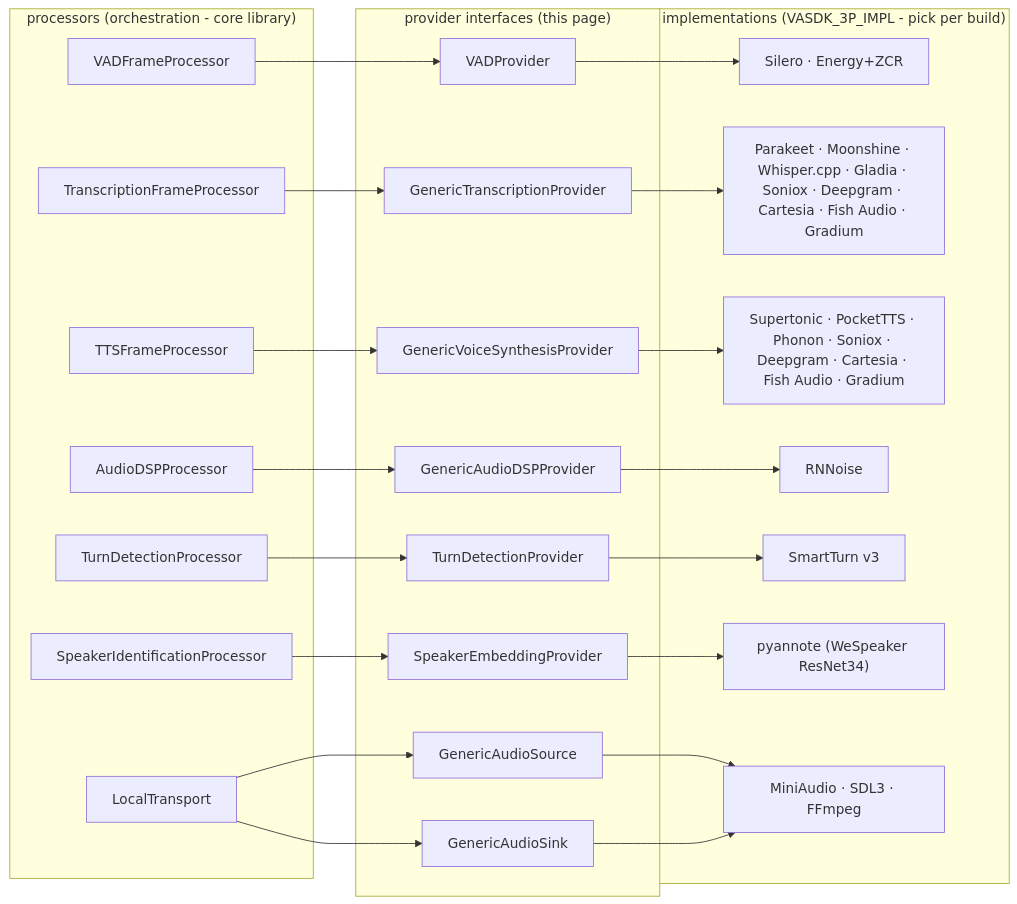
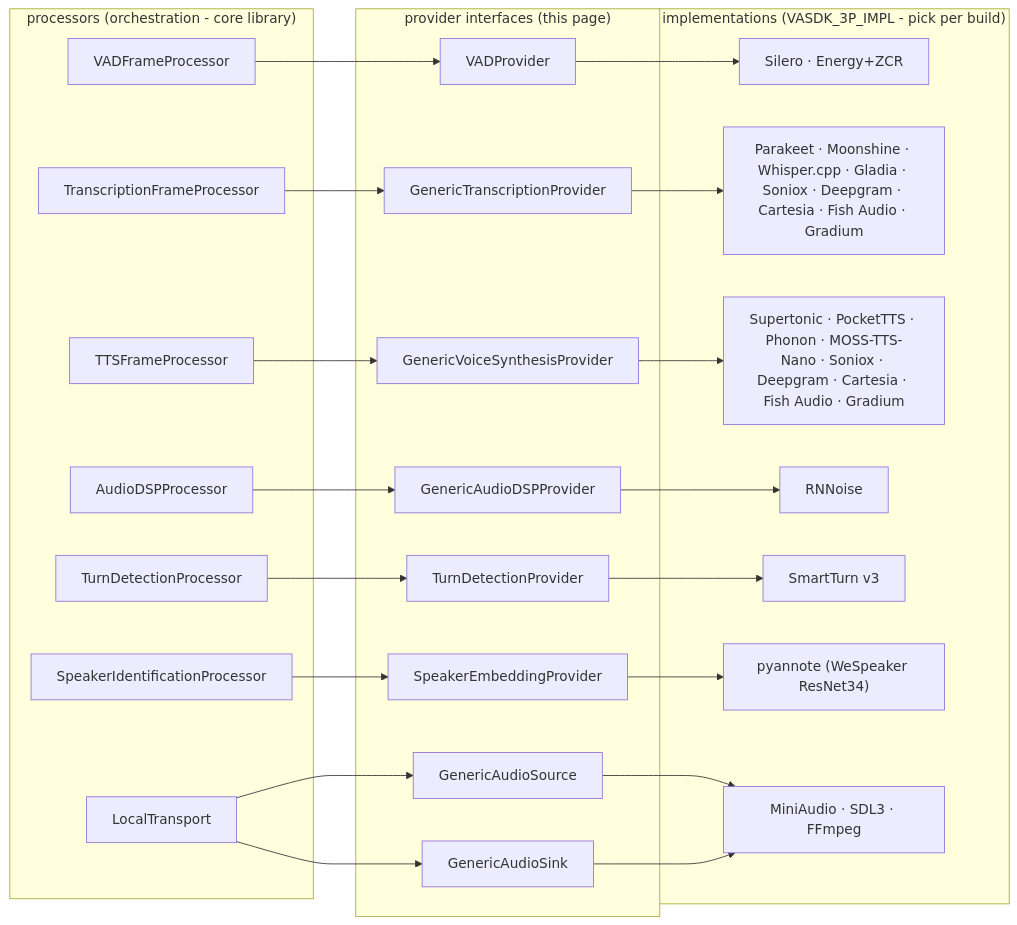
The diagram in docs/reference/providers.md (fatehmtd/VASDK), drawn with Mermaid before and after one commit. The commit also changed other lines of this file and 25 other files, not shown here.

First line of the commit message:
Add MOSS-TTS-Nano support and related infrastructure

````diff
--- a/docs/reference/providers.md
+++ b/docs/reference/providers.md
@@ -7,38 +7,38 @@
 ```mermaid
 flowchart LR
     subgraph Processors["processors (orchestration - core library)"]
         VADP["VADFrameProcessor"]
         STTP["TranscriptionFrameProcessor"]
         TTSP["TTSFrameProcessor"]
         DSPP["AudioDSPProcessor"]
         TDP["TurnDetectionProcessor"]
         SIP["SpeakerIdentificationProcessor"]
         LT["LocalTransport"]
     end
     subgraph Providers["provider interfaces (this page)"]
         VAD["VADProvider"]
         STT["GenericTranscriptionProvider"]
         TTS["GenericVoiceSynthesisProvider"]
         DSP["GenericAudioDSPProvider"]
         TD["TurnDetectionProvider"]
         SE["SpeakerEmbeddingProvider"]
         SRC["GenericAudioSource"]
         SNK["GenericAudioSink"]
     end
     subgraph Impls["implementations (VASDK_3P_IMPL - pick per build)"]
         I1["Silero · Energy+ZCR"]
         I2["Parakeet · Moonshine · Whisper.cpp · Gladia · Soniox · Deepgram · Cartesia · Fish Audio · Gradium"]
-        I3["Supertonic · PocketTTS · Phonon · Soniox · Deepgram · Cartesia · Fish Audio · Gradium"]
+        I3["Supertonic · PocketTTS · Phonon · MOSS-TTS-Nano · Soniox · Deepgram · Cartesia · Fish Audio · Gradium"]
         I4["RNNoise"]
         I5["SmartTurn v3"]
         I7["pyannote (WeSpeaker ResNet34)"]
         I6["MiniAudio · SDL3 · FFmpeg"]
     end
     VADP --> VAD --> I1
     STTP --> STT --> I2
     TTSP --> TTS --> I3
     DSPP --> DSP --> I4
     TDP --> TD --> I5
     SIP --> SE --> I7
     LT --> SRC & SNK --> I6
 ```
````
